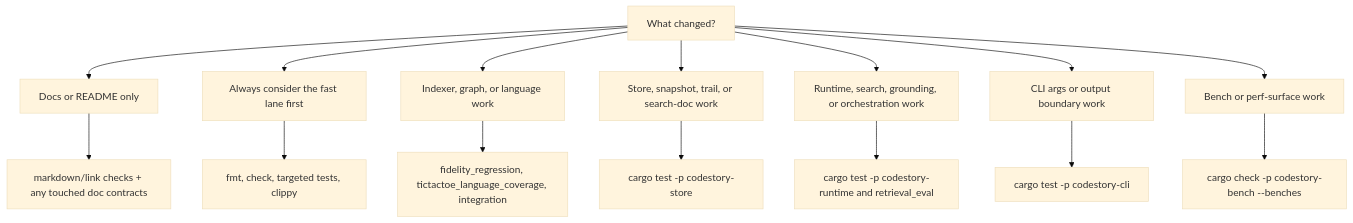
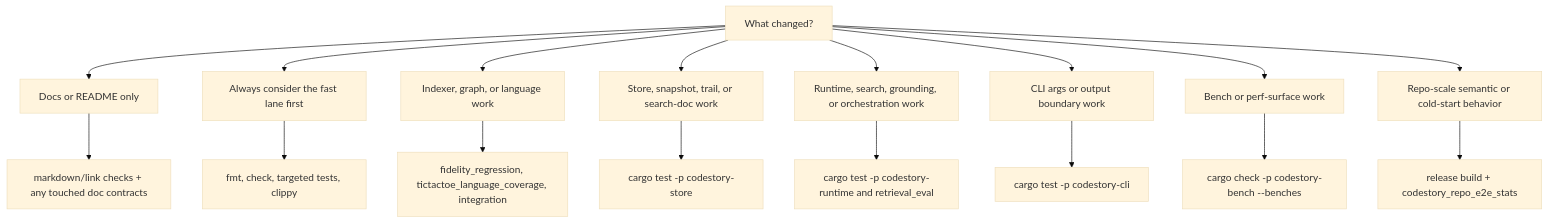
Before and after one commit to TheGreenCedar/CodeStory: the diagram in docs/contributors/testing-matrix.md, drawn with Mermaid (base theme). The commit also changed other lines of this file and 10 other files, not shown here.

Commit message:
Document index CLI options and semantic sync behavior

````diff
--- a/docs/contributors/testing-matrix.md
+++ b/docs/contributors/testing-matrix.md
@@ -5,17 +5,19 @@
 ```mermaid
 flowchart TD
     change["What changed?"] --> docs["Docs or README only"]
     change["What changed?"] --> always["Always consider the fast lane first"]
     change --> indexer["Indexer, graph, or language work"]
     change --> store["Store, snapshot, trail, or search-doc work"]
     change --> runtime["Runtime, search, grounding, or orchestration work"]
     change --> cli["CLI args or output boundary work"]
     change --> bench["Bench or perf-surface work"]
+    change --> e2e["Repo-scale semantic or cold-start behavior"]
     docs --> docs_checks["markdown/link checks + any touched doc contracts"]
     always --> workspace["fmt, check, targeted tests, clippy"]
     indexer --> fidelity["fidelity_regression, tictactoe_language_coverage, integration"]
     store --> store_tests["cargo test -p codestory-store"]
     runtime --> runtime_tests["cargo test -p codestory-runtime and retrieval_eval"]
     cli --> cli_tests["cargo test -p codestory-cli"]
     bench --> bench_checks["cargo check -p codestory-bench --benches"]
+    e2e --> e2e_stats["release build + codestory_repo_e2e_stats"]
 ```
````
